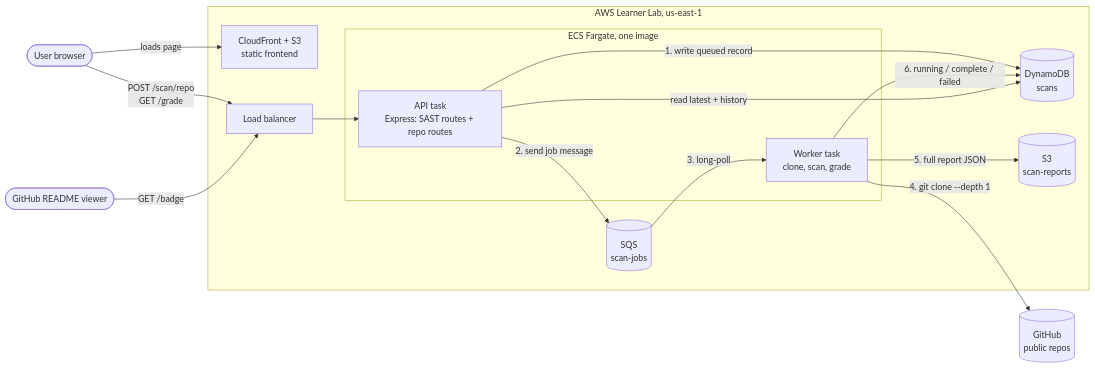
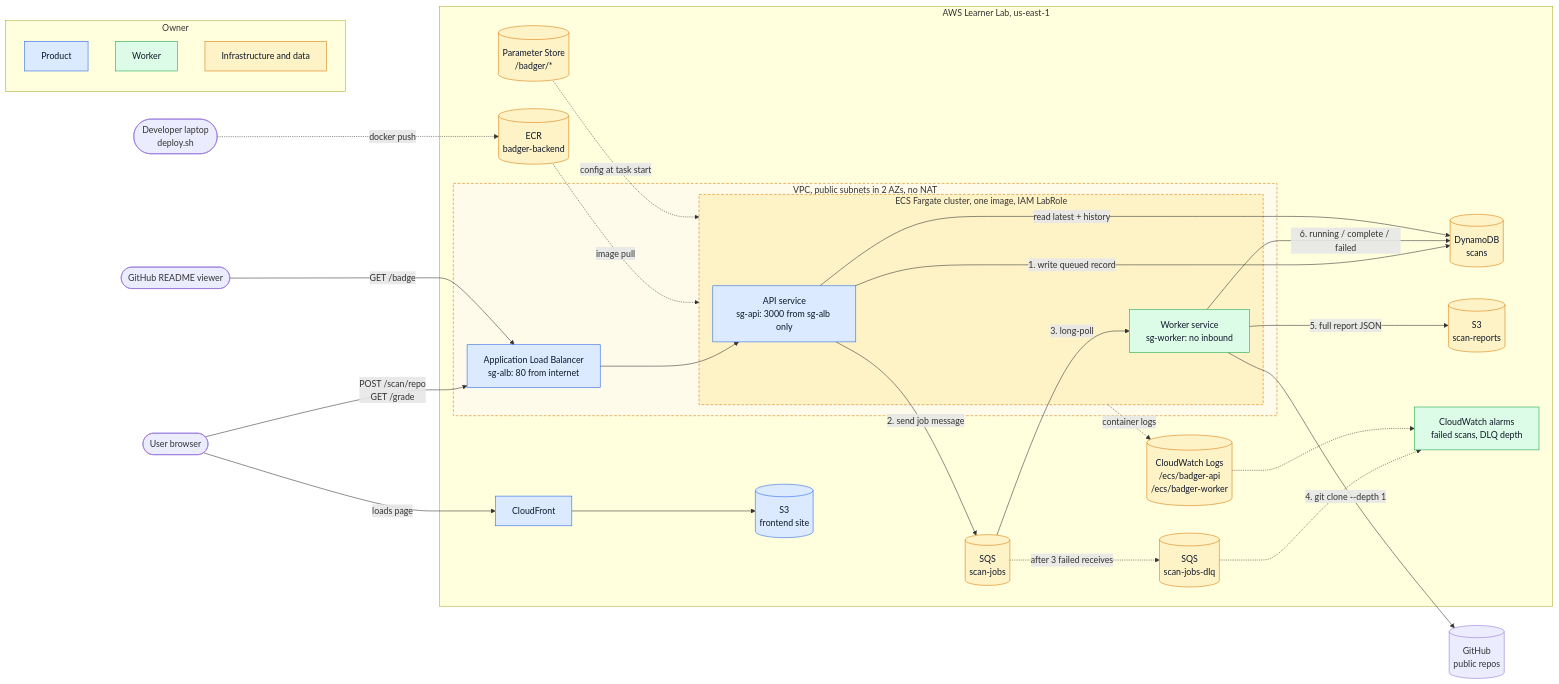
One commit to aarondudar/Badger changed the diagram in docs/architecture.md. Above: the diagram before and after it, drawn with Mermaid. The commit also changed other lines of this file and 3 other files, not shown here.

Commit message:
architecture v2: Milestone 3 infrastructure plan, archive v1 diagram

````diff
--- a/docs/architecture.md
+++ b/docs/architecture.md
@@ -7,30 +7,68 @@
 ```mermaid
 flowchart LR
   user([User browser])
   readme([GitHub README viewer])
+  dev([Developer laptop<br/>deploy.sh])
   gh[(GitHub<br/>public repos)]
 
   subgraph aws [AWS Learner Lab, us-east-1]
-    cf[CloudFront + S3<br/>static frontend]
-    alb[Load balancer]
-    subgraph ecs [ECS Fargate, one image]
-      api[API task<br/>Express: SAST routes + repo routes]
-      worker[Worker task<br/>clone, scan, grade]
+    cf[CloudFront]
+    site[(S3<br/>frontend site)]
+
+    subgraph vpc [VPC, public subnets in 2 AZs, no NAT]
+      alb[Application Load Balancer<br/>sg-alb: 80 from internet]
+      subgraph ecs [ECS Fargate cluster, one image, IAM LabRole]
+        api[API service<br/>sg-api: 3000 from sg-alb only]
+        worker[Worker service<br/>sg-worker: no inbound]
+      end
     end
+
     sqs[(SQS<br/>scan-jobs)]
+    dlq[(SQS<br/>scan-jobs-dlq)]
     ddb[(DynamoDB<br/>scans)]
     s3[(S3<br/>scan-reports)]
+    ecr[(ECR<br/>badger-backend)]
+    ssm[(Parameter Store<br/>/badger/*)]
+    logs[(CloudWatch Logs<br/>/ecs/badger-api<br/>/ecs/badger-worker)]
+    alarm[CloudWatch alarms<br/>failed scans, DLQ depth]
   end
 
+  subgraph legend [Owner]
+    direction TB
+    lp[Product]
+    lw[Worker]
+    li[Infrastructure and data]
+  end
+
+  %% Request flow (solid, numbered as in the Flow section)
   user -->|loads page| cf
+  cf --> site
   user -->|POST /scan/repo<br/>GET /grade| alb
   readme -->|GET /badge| alb
   alb --> api
   api -->|1. write queued record| ddb
   api -->|2. send job message| sqs
   sqs -->|3. long-poll| worker
   worker -->|4. git clone --depth 1| gh
   worker -->|5. full report JSON| s3
   worker -->|6. running / complete / failed| ddb
   api -->|read latest + history| ddb
+
+  %% Operations (dotted)
+  dev -.->|docker push| ecr
+  ecr -.->|image pull| ecs
+  ssm -.->|config at task start| ecs
+  ecs -.->|container logs| logs
+  sqs -.->|after 3 failed receives| dlq
+  dlq -.-> alarm
+  logs -.-> alarm
+
+  classDef product fill:#dbeafe,stroke:#2563eb,color:#0f172a
+  classDef worker fill:#dcfce7,stroke:#16a34a,color:#0f172a
+  classDef infra fill:#fef3c7,stroke:#d97706,color:#0f172a
+  class cf,site,alb,api,lp product
+  class worker,alarm,lw worker
+  class sqs,dlq,ddb,s3,ecr,ssm,logs,li infra
+  style vpc fill:#fffbeb,stroke:#d97706,stroke-dasharray:5 3
+  style ecs fill:#fef3c7,stroke:#d97706,stroke-dasharray:5 3
 ```
````
